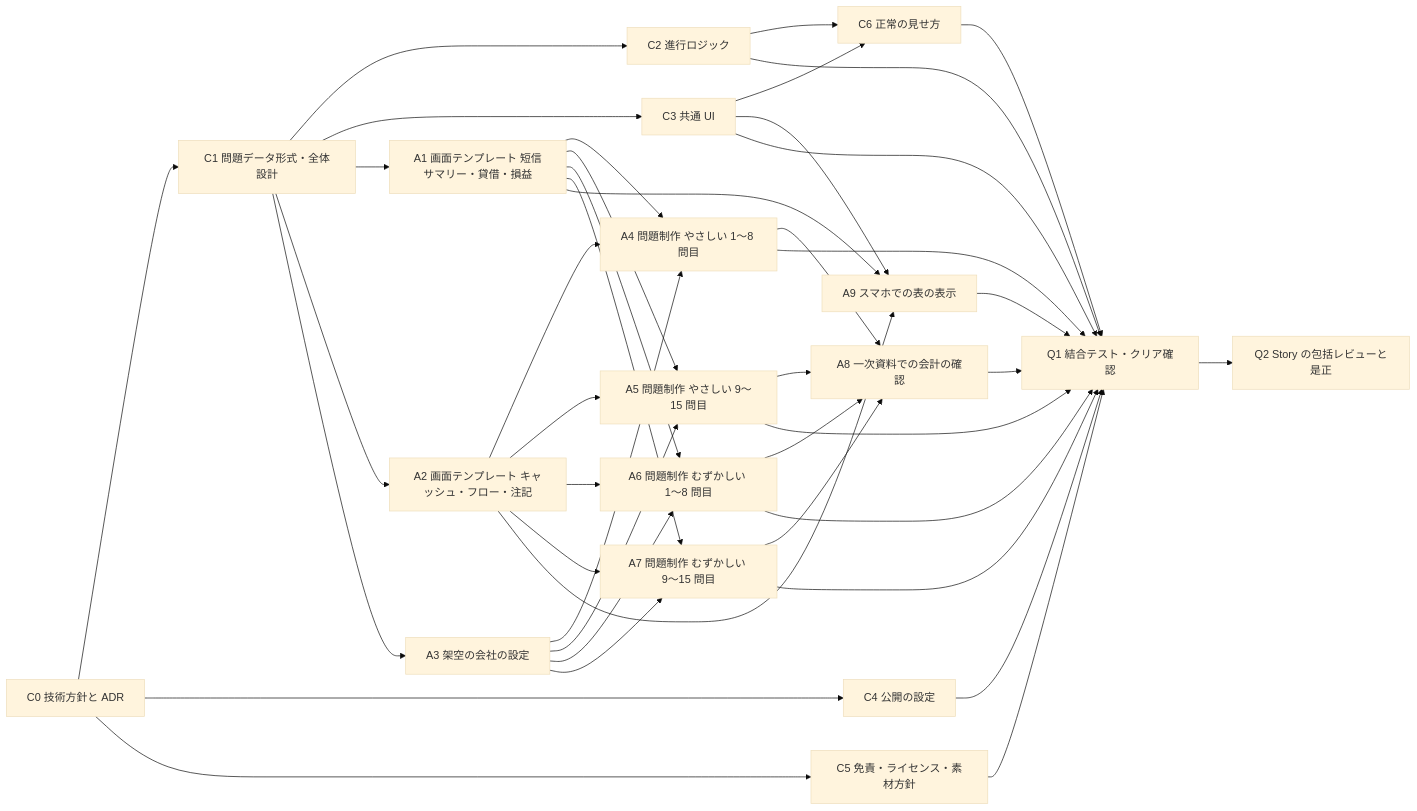
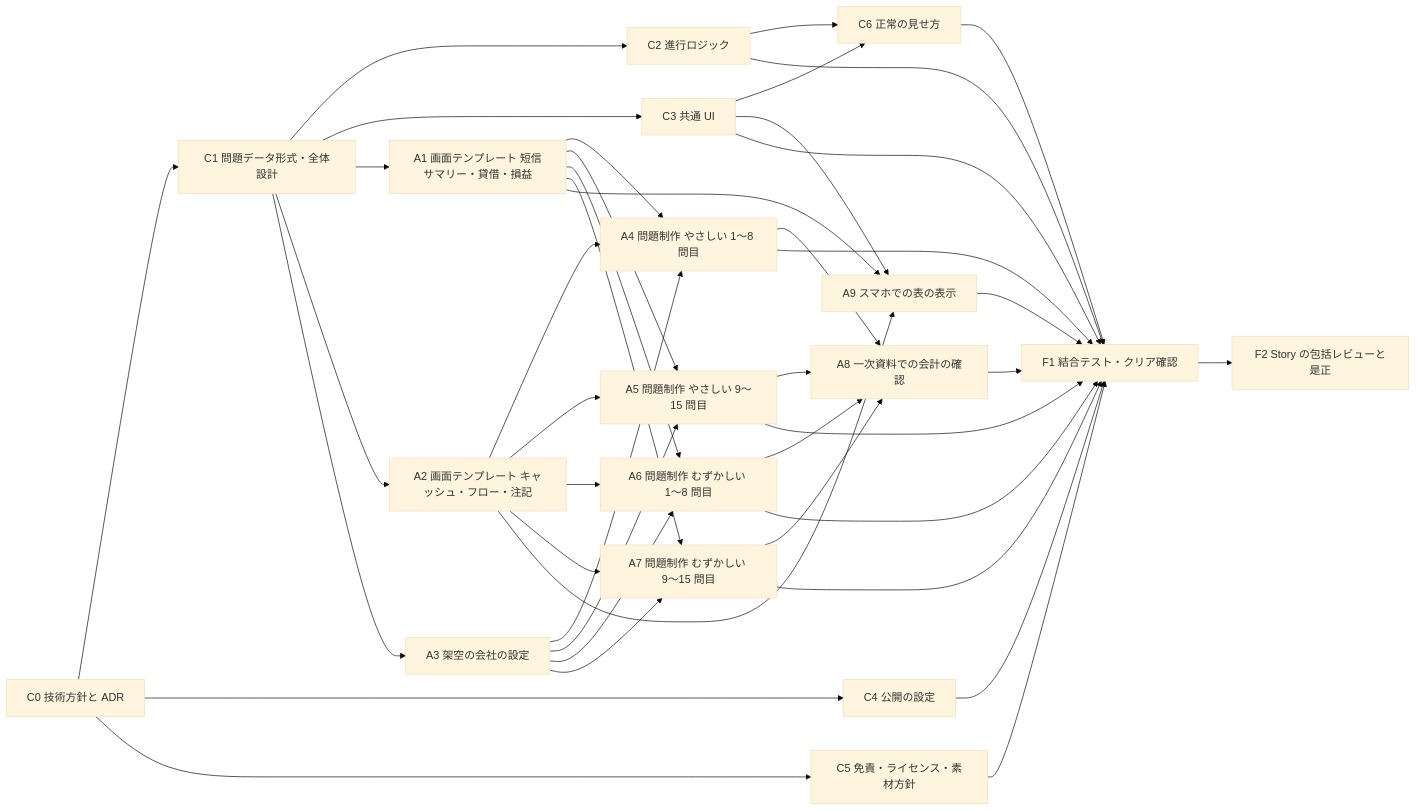
One commit to calliope-pro/kessan-8 changed the first of 3 diagrams in docs/plans/plan-comparison.md. Above: the diagram before and after it, drawn with Mermaid (base theme). The commit also changed other lines of this file and 3 other files, not shown here.

````diff
--- a/docs/plans/plan-comparison.md
+++ b/docs/plans/plan-comparison.md
@@ -96,62 +111,62 @@
 ```mermaid
 flowchart LR
   AC0["C0 技術方針と ADR"]
   AC1["C1 問題データ形式・全体設計"]
   AC2["C2 進行ロジック"]
   AC3["C3 共通 UI"]
   AC4["C4 公開の設定"]
   AC5["C5 免責・ライセンス・素材方針"]
   AC6["C6 正常の見せ方"]
   AA1["A1 画面テンプレート 短信サマリー・貸借・損益"]
   AA2["A2 画面テンプレート キャッシュ・フロー・注記"]
   AA3["A3 架空の会社の設定"]
   AA4["A4 問題制作 やさしい 1〜8 問目"]
   AA5["A5 問題制作 やさしい 9〜15 問目"]
   AA6["A6 問題制作 むずかしい 1〜8 問目"]
   AA7["A7 問題制作 むずかしい 9〜15 問目"]
   AA8["A8 一次資料での会計の確認"]
   AA9["A9 スマホでの表の表示"]
-  AQ1["Q1 結合テスト・クリア確認"]
-  AQ2["Q2 Story の包括レビューと是正"]
+  AF1["F1 結合テスト・クリア確認"]
+  AF2["F2 Story の包括レビューと是正"]
   AC0 --> AC1
   AC1 --> AC2
   AC1 --> AC3
   AC0 --> AC4
   AC0 --> AC5
   AC2 --> AC6
   AC3 --> AC6
   AC1 --> AA1
   AC1 --> AA2
   AC1 --> AA3
   AA1 --> AA4
   AA2 --> AA4
   AA3 --> AA4
   AA1 --> AA5
   AA2 --> AA5
   AA3 --> AA5
   AA1 --> AA6
   AA2 --> AA6
   AA3 --> AA6
   AA1 --> AA7
   AA2 --> AA7
   AA3 --> AA7
   AA4 --> AA8
   AA5 --> AA8
   AA6 --> AA8
   AA7 --> AA8
   AA1 --> AA9
   AA2 --> AA9
   AC3 --> AA9
-  AA4 --> AQ1
-  AA5 --> AQ1
-  AA6 --> AQ1
-  AA7 --> AQ1
-  AA8 --> AQ1
-  AA9 --> AQ1
-  AC2 --> AQ1
-  AC3 --> AQ1
-  AC4 --> AQ1
-  AC5 --> AQ1
-  AC6 --> AQ1
-  AQ1 --> AQ2
+  AA4 --> AF1
+  AA5 --> AF1
+  AA6 --> AF1
+  AA7 --> AF1
+  AA8 --> AF1
+  AA9 --> AF1
+  AC2 --> AF1
+  AC3 --> AF1
+  AC4 --> AF1
+  AC5 --> AF1
+  AC6 --> AF1
+  AF1 --> AF2
 ```
````
